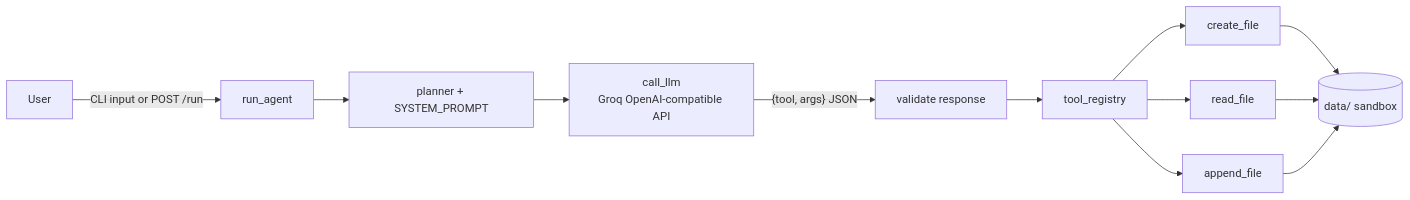
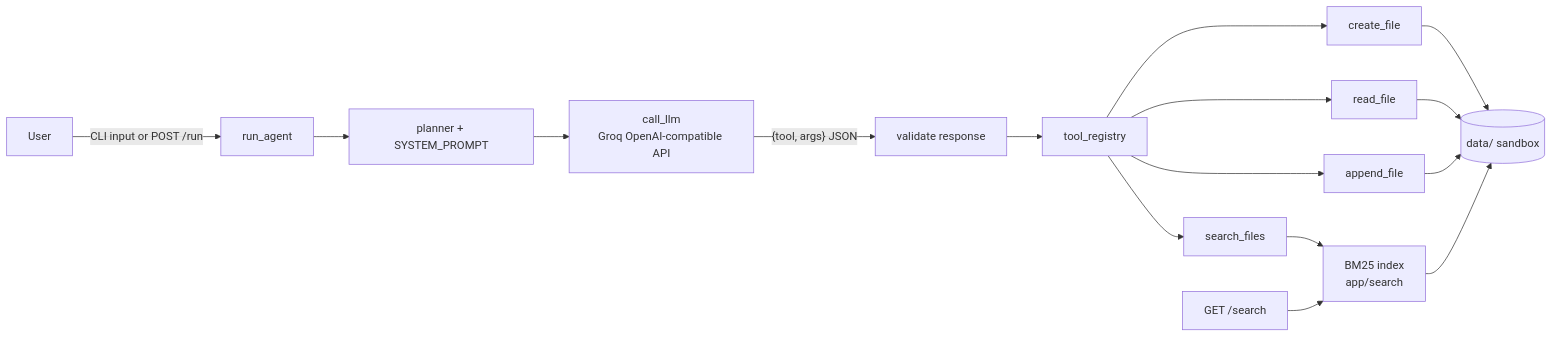
Before and after one commit to Prajjawalsingh87/FILE_AGENT: the diagram in README.md, drawn with Mermaid. The commit also changed other lines of this file and 10 other files, not shown here.

````diff
--- a/README.md
+++ b/README.md
@@ -22,12 +25,15 @@
 ```mermaid
 flowchart LR
   U[User] -->|CLI input or POST /run| A[run_agent]
   A --> P[planner + SYSTEM_PROMPT]
   P --> L[call_llm<br/>Groq OpenAI-compatible API]
   L -->|"{tool, args}" JSON| V[validate response]
   V --> R[tool_registry]
   R --> T1[create_file]
   R --> T2[read_file]
   R --> T3[append_file]
+  R --> T4[search_files]
   T1 & T2 & T3 --> D[(data/ sandbox)]
+  T4 --> S[BM25 index<br/>app/search] --> D
+  W[GET /search] --> S
 ```
````
